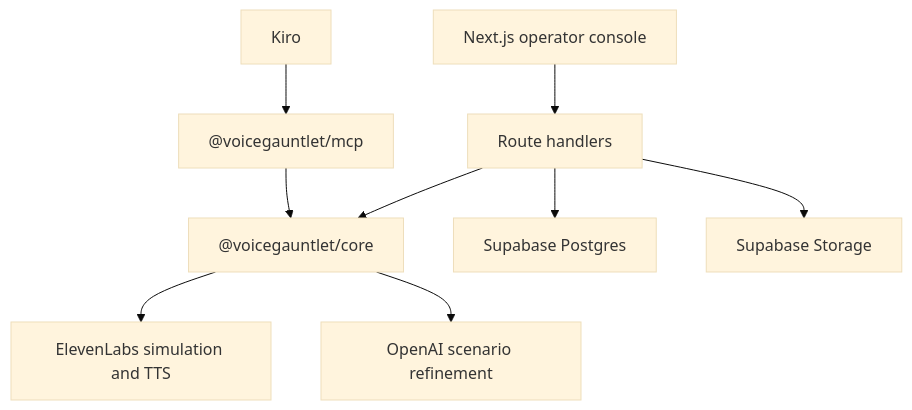
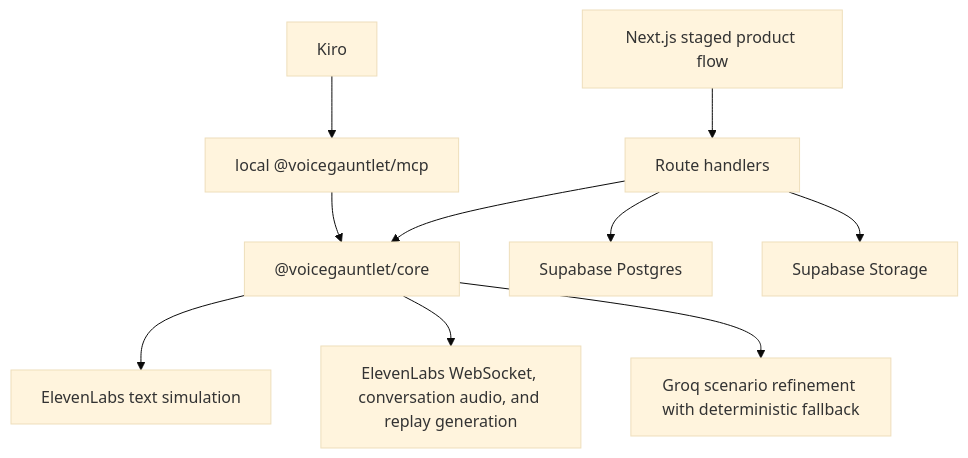
Before and after one commit to czarflix/kiroXelevent: the diagram in .kiro/specs/voicegauntlet/design.md, drawn with Mermaid (base theme). The commit also changed other lines of this file and 47 other files, not shown here.

````diff
--- a/.kiro/specs/voicegauntlet/design.md
+++ b/.kiro/specs/voicegauntlet/design.md
@@ -9,11 +9,12 @@
 ```mermaid
 graph TD
-  UI["Next.js operator console"] --> API["Route handlers"]
+  UI["Next.js staged product flow"] --> API["Route handlers"]
   API --> Core["@voicegauntlet/core"]
-  Core --> EL["ElevenLabs simulation and TTS"]
-  Core --> OAI["OpenAI scenario refinement"]
+  Core --> ELSim["ElevenLabs text simulation"]
+  Core --> ELAudio["ElevenLabs WebSocket, conversation audio, and replay generation"]
+  Core --> Groq["Groq scenario refinement with deterministic fallback"]
   API --> DB["Supabase Postgres"]
   API --> ST["Supabase Storage"]
-  Kiro["Kiro"] --> MCP["@voicegauntlet/mcp"]
+  Kiro["Kiro"] --> MCP["local @voicegauntlet/mcp"]
   MCP --> Core
 ```
````
